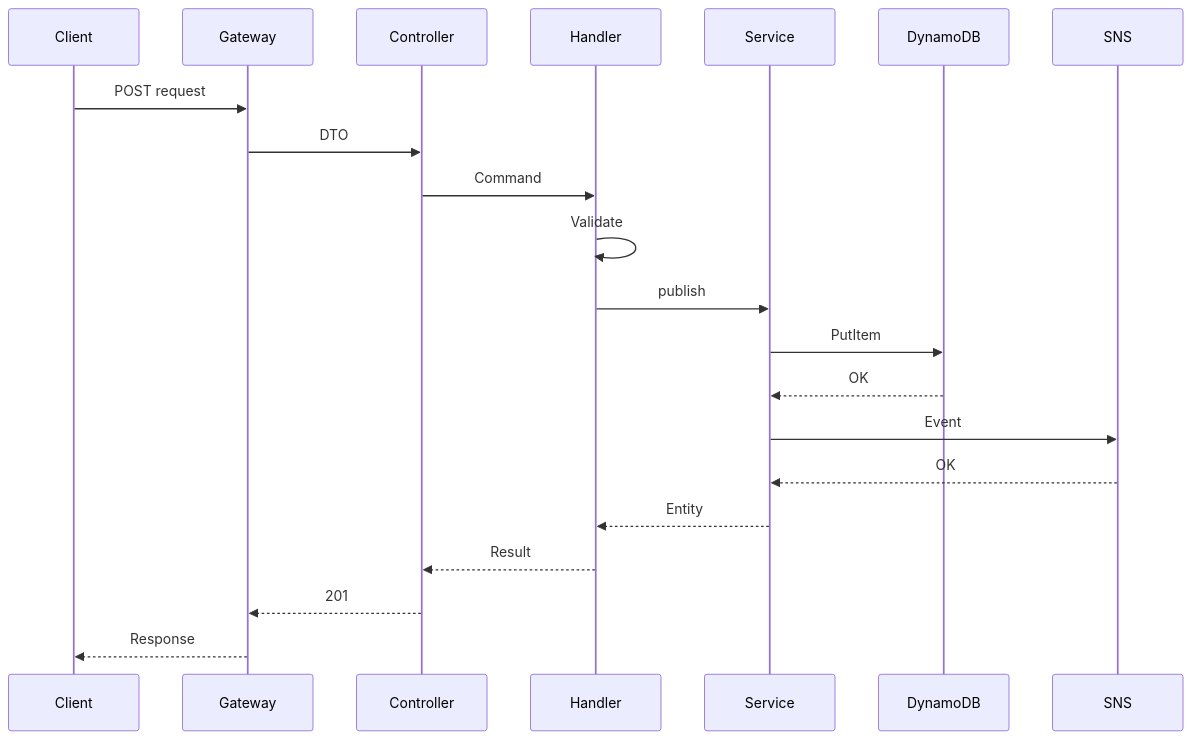
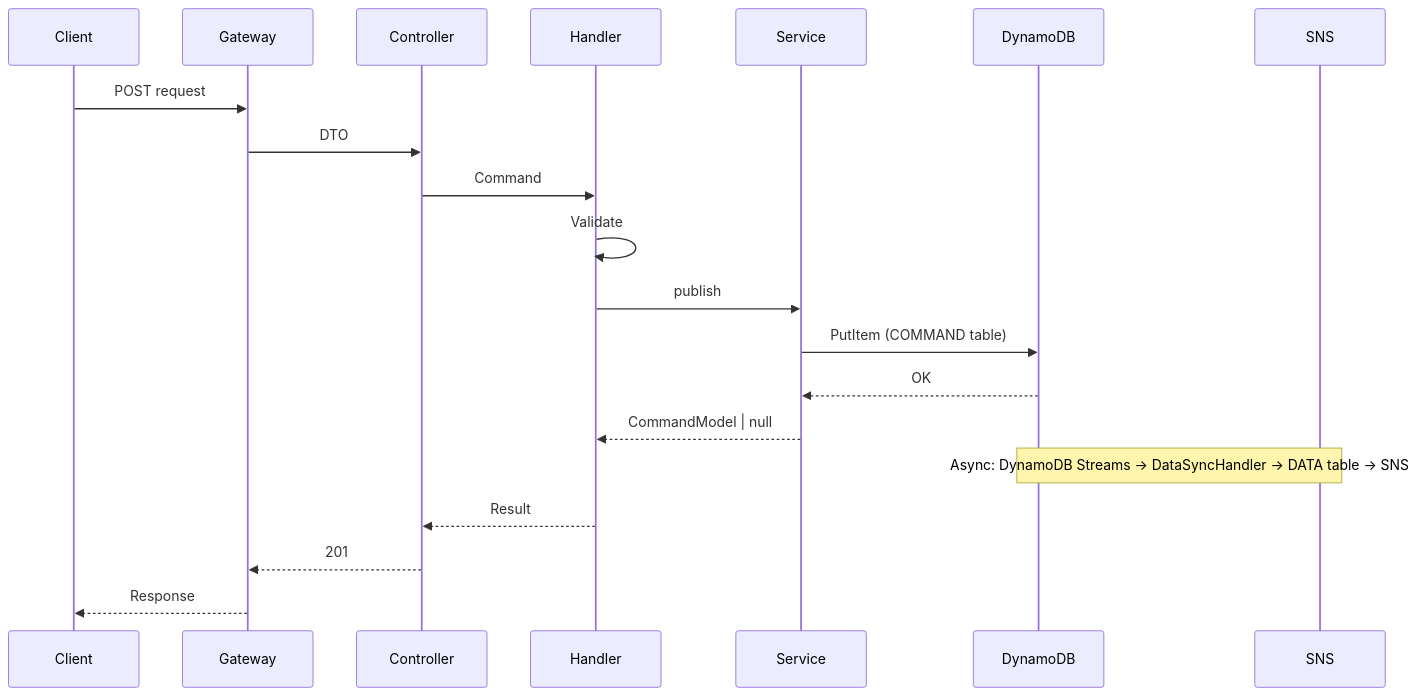
One commit to mbc-net/mbc-cqrs-serverless-doc changed the second of 3 diagrams in docs/architecture/cqrs-flow.md. Above: the diagram before and after it, drawn with Mermaid. The commit also changed other lines of this file and 8 other files, not shown here.

First line of the commit message:
fix(docs): correct event flow in architecture docs, notification return type, and dead imports

````diff
--- a/docs/architecture/cqrs-flow.md
+++ b/docs/architecture/cqrs-flow.md
@@ -56,16 +56,15 @@
 ```mermaid
 sequenceDiagram
     Client->>Gateway: POST request
     Gateway->>Controller: DTO
     Controller->>Handler: Command
     Handler->>Handler: Validate
     Handler->>Service: publish
-    Service->>DynamoDB: PutItem
+    Service->>DynamoDB: PutItem (COMMAND table)
     DynamoDB-->>Service: OK
-    Service->>SNS: Event
-    SNS-->>Service: OK
-    Service-->>Handler: Entity
+    Service-->>Handler: CommandModel | null
+    Note over DynamoDB,SNS: Async: DynamoDB Streams → DataSyncHandler → DATA table → SNS
     Handler-->>Controller: Result
     Controller-->>Gateway: 201
     Gateway-->>Client: Response
 ```
````
